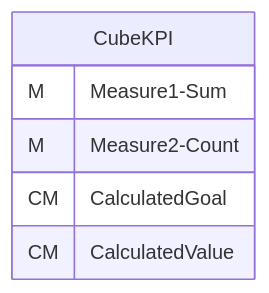
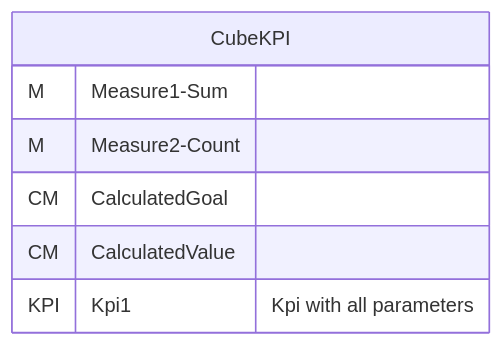
The first of 3 diagrams in demo/server/catalogs/tutorial_30-03_Cube_KPI_with_Goal/README.MD (xmla-services/workground), drawn with Mermaid before and after one commit. The commit also changed 13 other files, not shown here.

Commit message:
KPI implementation schema validator Signed-off-by: dbulahov <bulahovdenis@gmail.com>

````diff
--- a/demo/server/catalogs/tutorial_30-03_Cube_KPI_with_Goal/README.MD
+++ b/demo/server/catalogs/tutorial_30-03_Cube_KPI_with_Goal/README.MD
@@ -57,20 +57,21 @@
 ```mermaid
 %%{init: {
 "theme": "default",
 "themeCSS": [
     ".er.entityBox {stroke: black;}",
     ".er.attributeBoxEven {stroke: black;}",
     ".er.attributeBoxOdd {stroke: black;}",
     "[id^=entity-c] .er.entityBox { fill: lightgreen;} ",
     "[id^=entity-d] .er.entityBox { fill: powderblue;} ",
     "[id^=entity-h] .er.entityBox { fill: pink;} "
 ]
 }}%%
 erDiagram
 c0["CubeKPI"]{
 M Measure1-Sum ""
 M Measure2-Count ""
 CM CalculatedGoal ""
 CM CalculatedValue ""
+KPI Kpi1 "Kpi with all parameters"
 }
 ```
````
